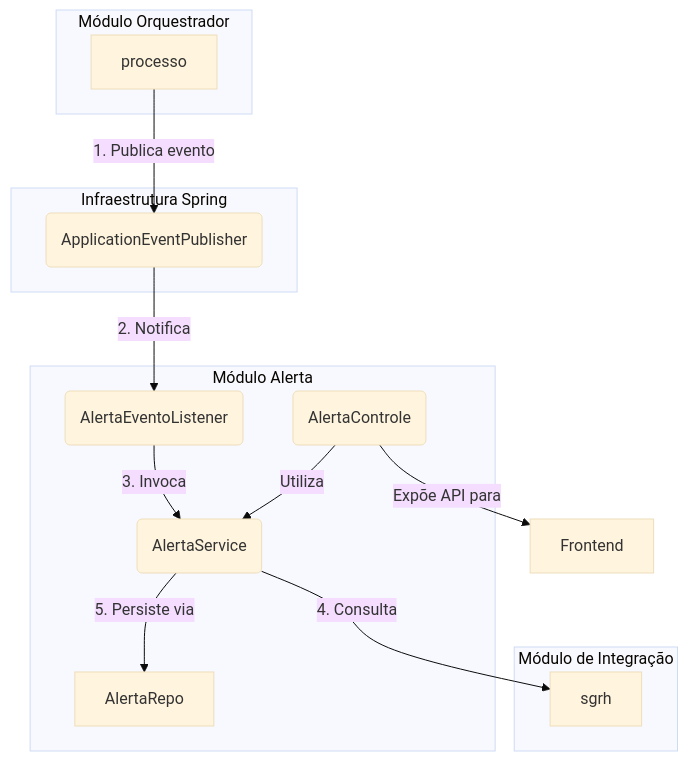
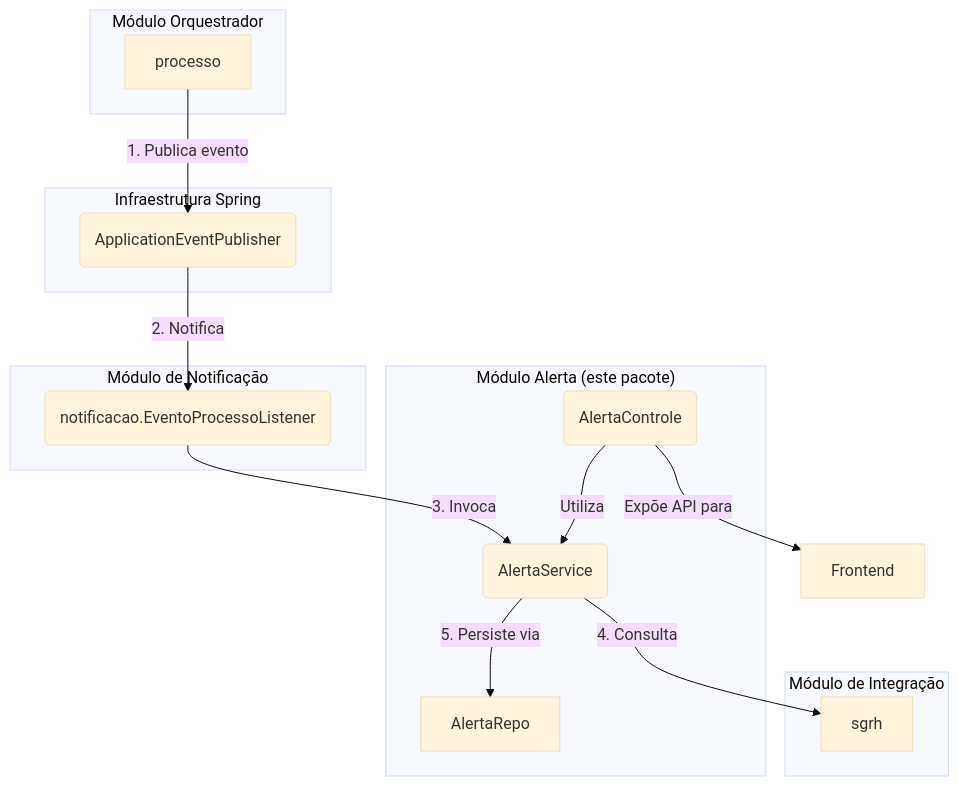
The diagram in backend/src/main/java/sgc/alerta/README.md (lgalvao/sgc), drawn with Mermaid (base theme) before and after one commit. The commit also changed other lines of this file and 9 other files, not shown here.

````diff
--- a/backend/src/main/java/sgc/alerta/README.md
+++ b/backend/src/main/java/sgc/alerta/README.md
@@ -11,30 +11,33 @@
 ```mermaid
 graph TD
     subgraph "Módulo Orquestrador"
         P[processo]
     end
 
     subgraph "Infraestrutura Spring"
         EventBus(ApplicationEventPublisher)
     end
 
-    subgraph "Módulo Alerta"
-        Listener(AlertaEventoListener)
+    subgraph "Módulo de Notificação"
+        Listener(notificacao.EventoProcessoListener)
+    end
+
+    subgraph "Módulo Alerta (este pacote)"
         Service(AlertaService)
         Controle(AlertaControle)
         Repo[AlertaRepo]
     end
 
     subgraph "Módulo de Integração"
         SGRH[sgrh]
     end
 
     P -- 1. Publica evento --> EventBus
     EventBus -- 2. Notifica --> Listener
     Listener -- 3. Invoca --> Service
     Service -- 4. Consulta --> SGRH
     Service -- 5. Persiste via --> Repo
 
     Controle -- Expõe API para --> Frontend
     Controle -- Utiliza --> Service
 ```
````
